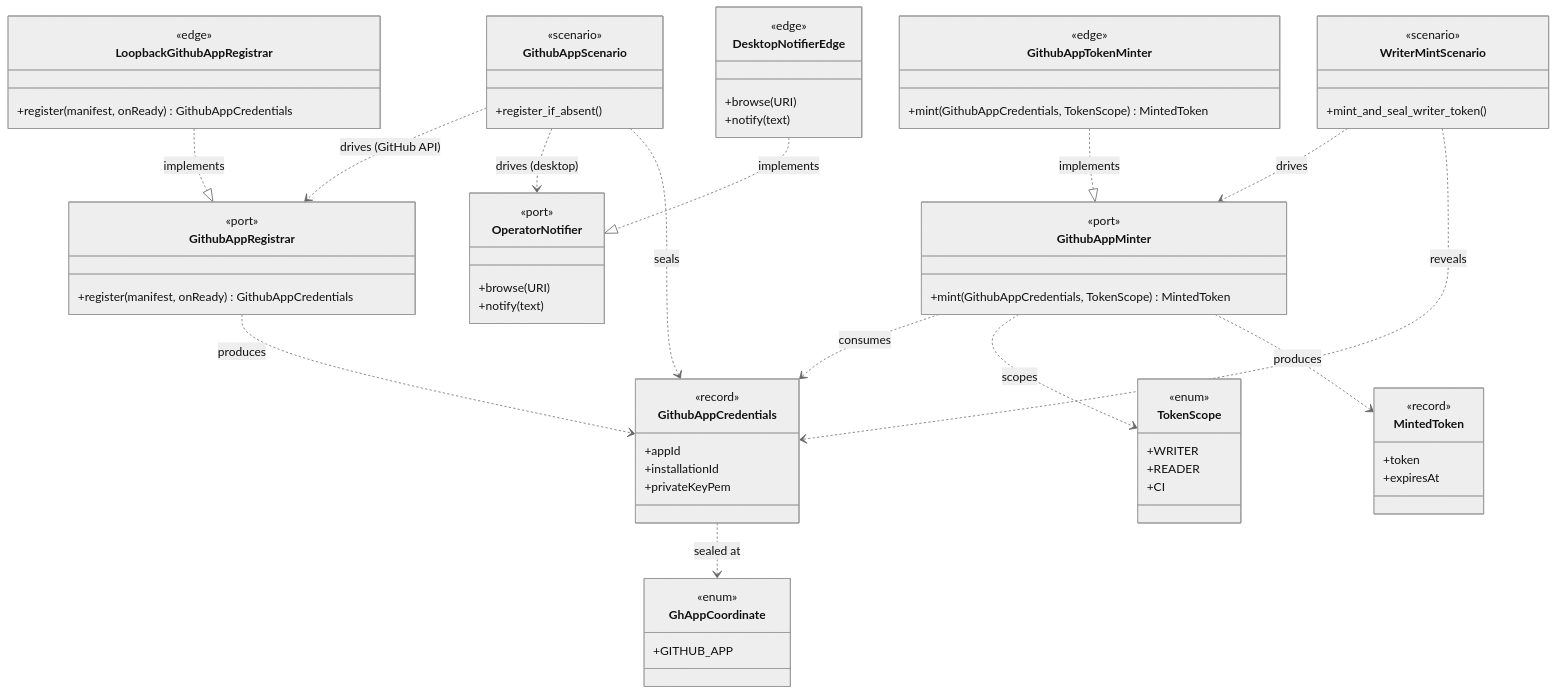
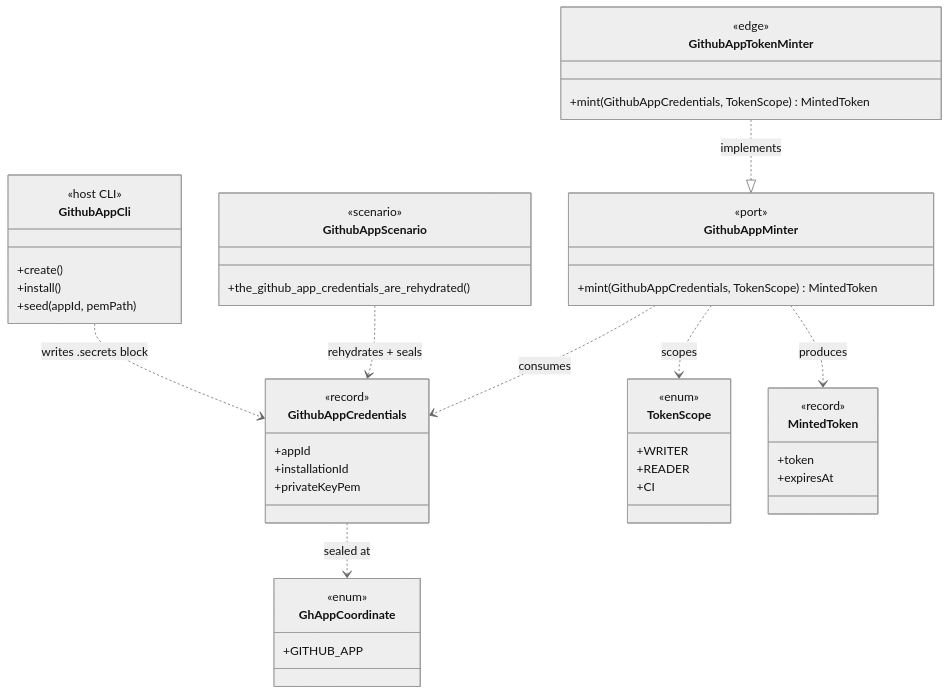
The fourth of 4 diagrams in docs/architecture/osgi/ghapp-domain-spec.adoc (nxmatic/rke2lab), drawn with Mermaid (neutral theme) before and after one commit. The commit also changed other lines of this file and 25 other files, not shown here.

```diff
--- a/docs/architecture/osgi/ghapp-domain-spec.adoc
+++ b/docs/architecture/osgi/ghapp-domain-spec.adoc
@@ -321,72 +240,50 @@
 [mermaid,ghapp-uml,svg]
 ----
 classDiagram
   class GithubAppCredentials {
     <<record>>
     +appId
     +installationId
     +privateKeyPem
   }
   class GhAppCoordinate {
     <<enum>>
     +GITHUB_APP
   }
   class TokenScope {
     <<enum>>
     +WRITER
     +READER
     +CI
   }
   class MintedToken {
     <<record>>
     +token
     +expiresAt
   }
   class GithubAppMinter {
     <<port>>
     +mint(GithubAppCredentials, TokenScope) MintedToken
   }
-  class GithubAppRegistrar {
-    <<port>>
-    +register(manifest, onReady) GithubAppCredentials
-  }
   class GithubAppTokenMinter {
     <<edge>>
     +mint(GithubAppCredentials, TokenScope) MintedToken
   }
-  class LoopbackGithubAppRegistrar {
-    <<edge>>
-    +register(manifest, onReady) GithubAppCredentials
-  }
   class GithubAppScenario {
     <<scenario>>
-    +register_if_absent()
+    +the_github_app_credentials_are_rehydrated()
   }
-  class WriterMintScenario {
-    <<scenario>>
-    +mint_and_seal_writer_token()
-  }
-  class OperatorNotifier {
-    <<port>>
-    +browse(URI)
-    +notify(text)
-  }
-  class DesktopNotifierEdge {
-    <<edge>>
-    +browse(URI)
-    +notify(text)
+  class GithubAppCli {
+    <<host CLI>>
+    +create()
+    +install()
+    +seed(appId, pemPath)
   }
   GithubAppCredentials ..> GhAppCoordinate : sealed at
   GithubAppMinter ..> GithubAppCredentials : consumes
   GithubAppMinter ..> TokenScope : scopes
   GithubAppMinter ..> MintedToken : produces
-  GithubAppRegistrar ..> GithubAppCredentials : produces
   GithubAppTokenMinter ..|> GithubAppMinter : implements
-  LoopbackGithubAppRegistrar ..|> GithubAppRegistrar : implements
-  DesktopNotifierEdge ..|> OperatorNotifier : implements
-  GithubAppScenario ..> GithubAppRegistrar : drives (GitHub API)
-  GithubAppScenario ..> OperatorNotifier : drives (desktop)
-  GithubAppScenario ..> GithubAppCredentials : seals
-  WriterMintScenario ..> GithubAppMinter : drives
-  WriterMintScenario ..> GithubAppCredentials : reveals
+  GithubAppScenario ..> GithubAppCredentials : rehydrates + seals
+  GithubAppCli ..> GithubAppCredentials : writes .secrets block
 ----
```
